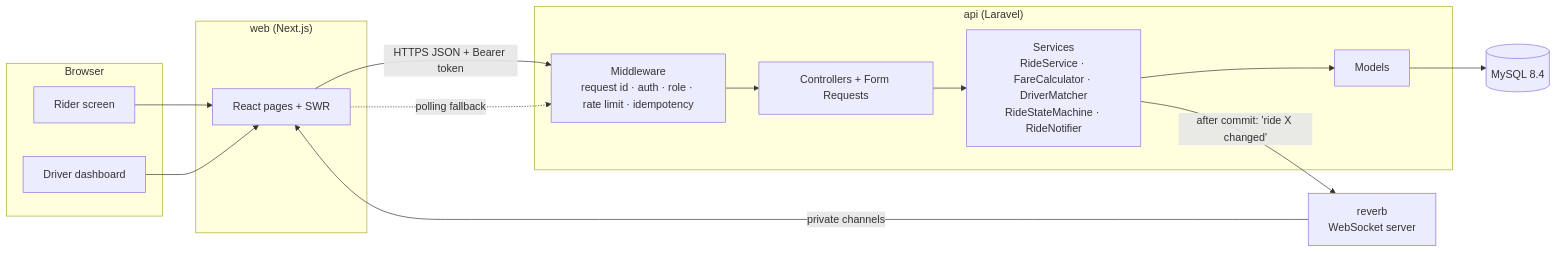
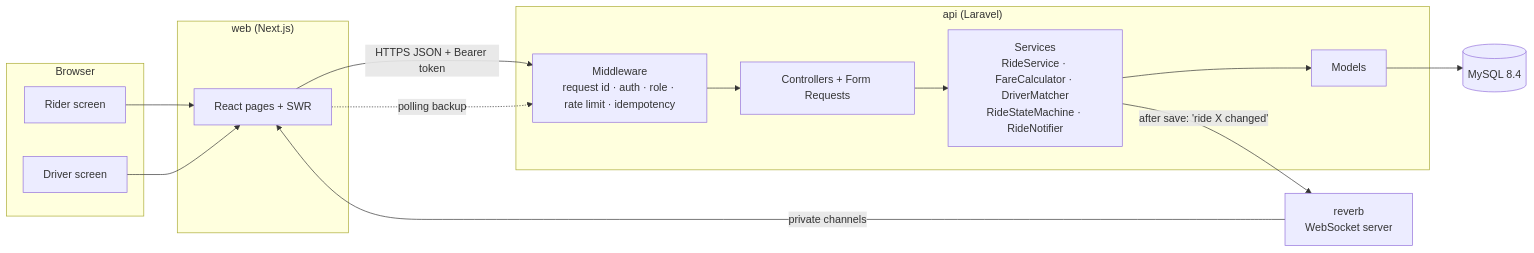
Before and after one commit to msayubi76/technichal-assessment-BCDAPPS: the first of 2 diagrams in docs/ARCHITECTURE.md, drawn with Mermaid. The commit also changed other lines of this file, not shown here.

````diff
--- a/docs/ARCHITECTURE.md
+++ b/docs/ARCHITECTURE.md
@@ -5,27 +15,27 @@
 ```mermaid
 flowchart LR
     subgraph Browser
         R[Rider screen]
-        D[Driver dashboard]
+        D[Driver screen]
     end
 
     subgraph web["web (Next.js)"]
         UI[React pages + SWR]
     end
 
     subgraph api["api (Laravel)"]
         MW[Middleware<br/>request id · auth · role · rate limit · idempotency]
         C[Controllers + Form Requests]
         S[Services<br/>RideService · FareCalculator · DriverMatcher<br/>RideStateMachine · RideNotifier]
         M[Models]
     end
 
     WS[reverb<br/>WebSocket server]
     DB[(MySQL 8.4)]
 
     R & D --> UI
     UI -- "HTTPS JSON + Bearer token" --> MW --> C --> S --> M --> DB
-    S -- "after commit: 'ride X changed'" --> WS
+    S -- "after save: 'ride X changed'" --> WS
     WS -- "private channels" --> UI
-    UI -. "polling fallback" .-> MW
+    UI -. "polling backup" .-> MW
 ```
````
